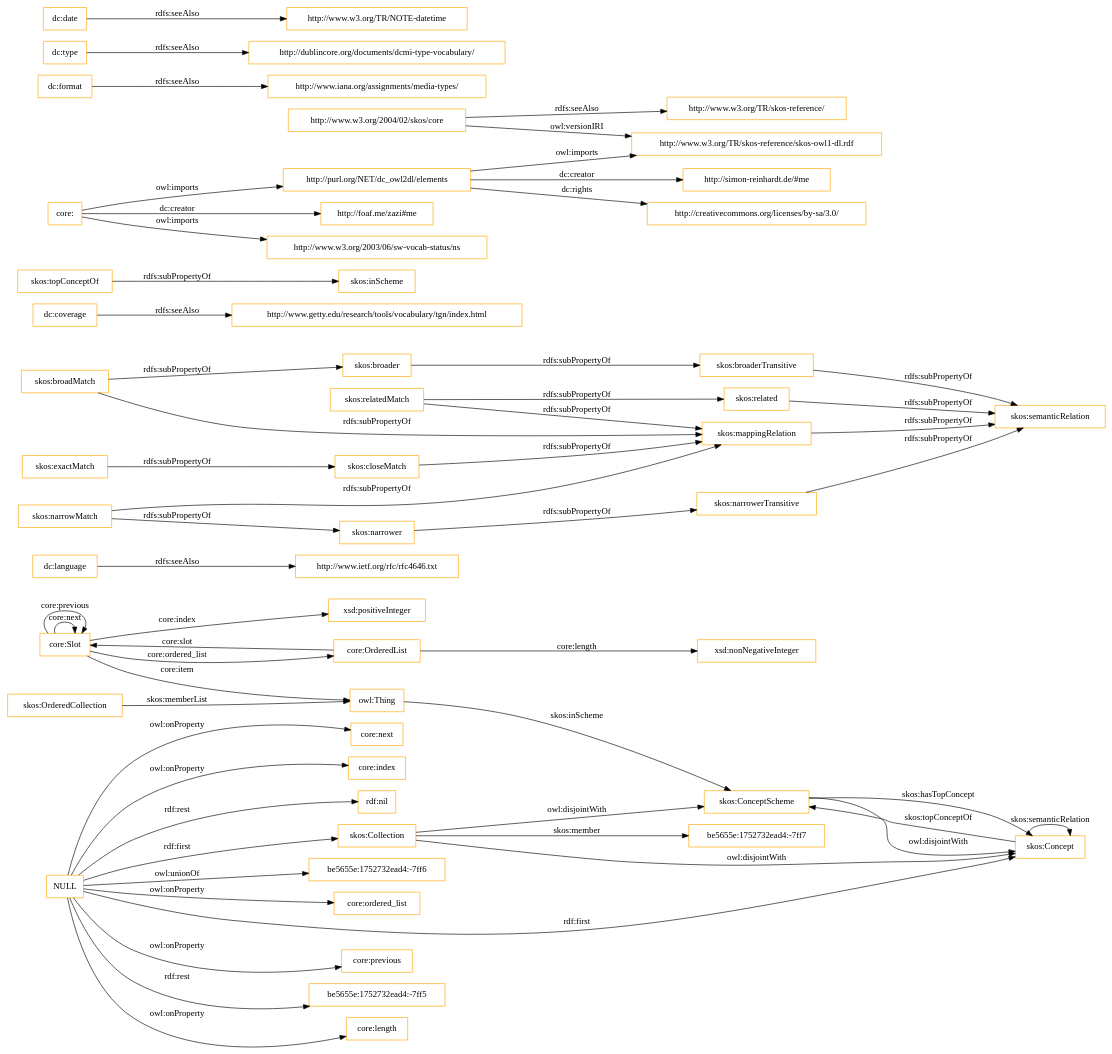
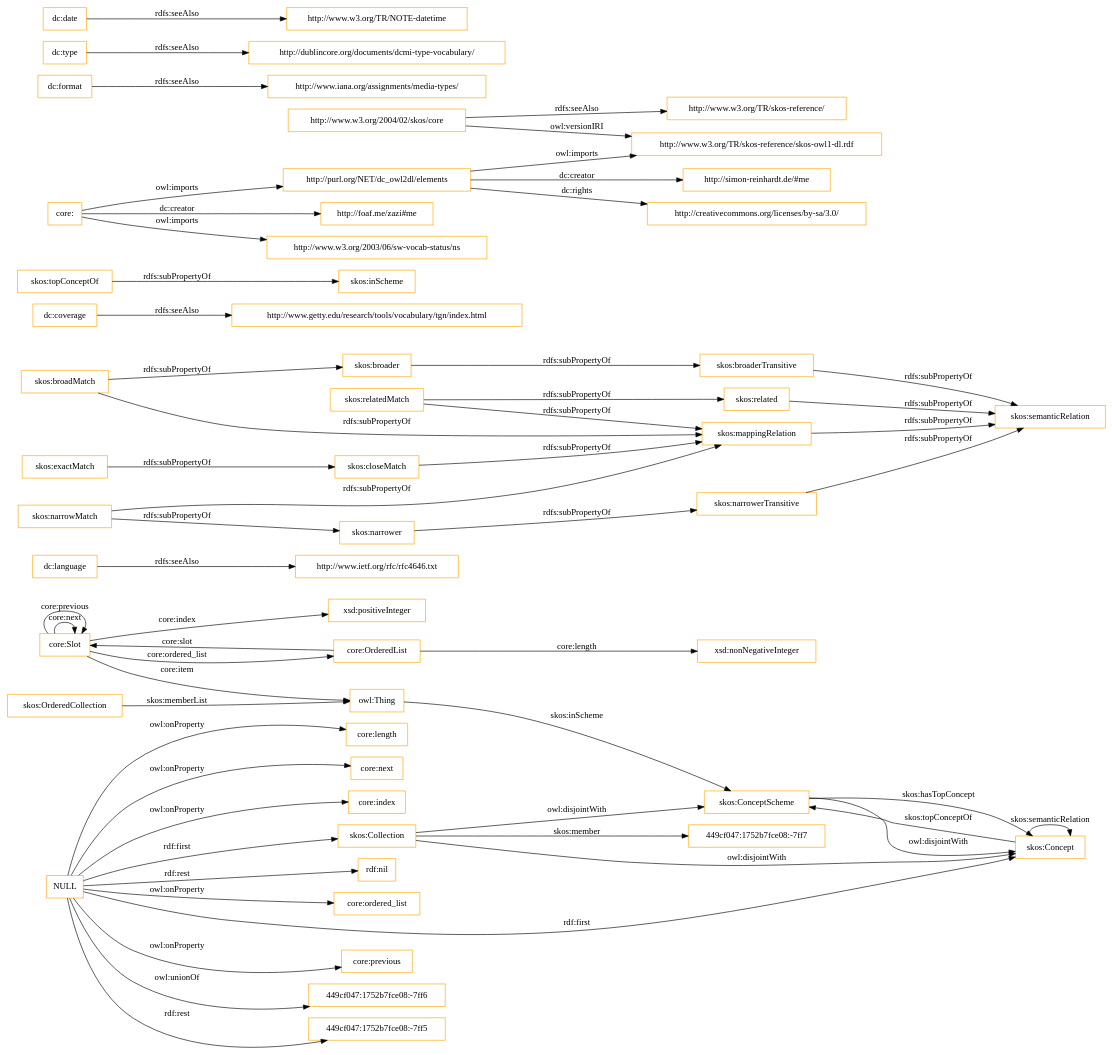
One commit to OnToologyUser/core-ontology-1 changed the diagram in OnToology/imports/core.owl/diagrams/ar2dtool-class/core.owl.png.dot. Above: the diagram before and after it, drawn with Graphviz. The commit also changed 14 other files, not shown here.

```diff
--- a/OnToology/imports/core.owl/diagrams/ar2dtool-class/core.owl.png.dot
+++ b/OnToology/imports/core.owl/diagrams/ar2dtool-class/core.owl.png.dot
@@ -1,60 +1,60 @@
 digraph ar2dtool_diagram { 
 rankdir=LR;
 size="1501"
-node [shape = rectangle, color="orange"]; "core:Slot" "core:OrderedList" "be5655e:1752732ead4:-7ff7" "skos:OrderedCollection" "skos:Collection" "skos:ConceptScheme" "skos:Concept" ; /*classes style*/
+node [shape = rectangle, color="orange"]; "core:Slot" "core:OrderedList" "449cf047:1752b7fce08:-7ff7" "skos:OrderedCollection" "skos:Collection" "skos:ConceptScheme" "skos:Concept" ; /*classes style*/
 	"dc:language" -> "http://www.ietf.org/rfc/rfc4646.txt" [ label = "rdfs:seeAlso" ];
 	"NULL" -> "core:previous" [ label = "owl:onProperty" ];
-	"NULL" -> "be5655e:1752732ead4:-7ff5" [ label = "rdf:rest" ];
+	"NULL" -> "449cf047:1752b7fce08:-7ff6" [ label = "owl:unionOf" ];
+	"NULL" -> "449cf047:1752b7fce08:-7ff5" [ label = "rdf:rest" ];
 	"NULL" -> "core:length" [ label = "owl:onProperty" ];
 	"NULL" -> "skos:Concept" [ label = "rdf:first" ];
 	"NULL" -> "core:next" [ label = "owl:onProperty" ];
 	"NULL" -> "core:index" [ label = "owl:onProperty" ];
 	"NULL" -> "rdf:nil" [ label = "rdf:rest" ];
-	"NULL" -> "be5655e:1752732ead4:-7ff6" [ label = "owl:unionOf" ];
 	"NULL" -> "core:ordered_list" [ label = "owl:onProperty" ];
 	"NULL" -> "skos:Collection" [ label = "rdf:first" ];
 	"skos:closeMatch" -> "skos:mappingRelation" [ label = "rdfs:subPropertyOf" ];
 	"dc:coverage" -> "http://www.getty.edu/research/tools/vocabulary/tgn/index.html" [ label = "rdfs:seeAlso" ];
 	"skos:relatedMatch" -> "skos:related" [ label = "rdfs:subPropertyOf" ];
 	"skos:relatedMatch" -> "skos:mappingRelation" [ label = "rdfs:subPropertyOf" ];
 	"skos:ConceptScheme" -> "skos:Concept" [ label = "owl:disjointWith" ];
 	"skos:related" -> "skos:semanticRelation" [ label = "rdfs:subPropertyOf" ];
 	"skos:topConceptOf" -> "skos:inScheme" [ label = "rdfs:subPropertyOf" ];
 	"skos:broadMatch" -> "skos:broader" [ label = "rdfs:subPropertyOf" ];
 	"skos:broadMatch" -> "skos:mappingRelation" [ label = "rdfs:subPropertyOf" ];
 	"http://purl.org/NET/dc_owl2dl/elements" -> "http://www.w3.org/TR/skos-reference/skos-owl1-dl.rdf" [ label = "owl:imports" ];
 	"http://purl.org/NET/dc_owl2dl/elements" -> "http://creativecommons.org/licenses/by-sa/3.0/" [ label = "dc:rights" ];
 	"http://purl.org/NET/dc_owl2dl/elements" -> "http://simon-reinhardt.de/#me" [ label = "dc:creator" ];
 	"skos:exactMatch" -> "skos:closeMatch" [ label = "rdfs:subPropertyOf" ];
 	"dc:format" -> "http://www.iana.org/assignments/media-types/" [ label = "rdfs:seeAlso" ];
 	"core:" -> "http://foaf.me/zazi#me" [ label = "dc:creator" ];
 	"core:" -> "http://www.w3.org/2003/06/sw-vocab-status/ns" [ label = "owl:imports" ];
 	"core:" -> "http://purl.org/NET/dc_owl2dl/elements" [ label = "owl:imports" ];
 	"skos:broaderTransitive" -> "skos:semanticRelation" [ label = "rdfs:subPropertyOf" ];
 	"skos:mappingRelation" -> "skos:semanticRelation" [ label = "rdfs:subPropertyOf" ];
 	"skos:broader" -> "skos:broaderTransitive" [ label = "rdfs:subPropertyOf" ];
 	"dc:type" -> "http://dublincore.org/documents/dcmi-type-vocabulary/" [ label = "rdfs:seeAlso" ];
 	"http://www.w3.org/2004/02/skos/core" -> "http://www.w3.org/TR/skos-reference/skos-owl1-dl.rdf" [ label = "owl:versionIRI" ];
 	"http://www.w3.org/2004/02/skos/core" -> "http://www.w3.org/TR/skos-reference/" [ label = "rdfs:seeAlso" ];
 	"skos:Collection" -> "skos:ConceptScheme" [ label = "owl:disjointWith" ];
 	"skos:Collection" -> "skos:Concept" [ label = "owl:disjointWith" ];
 	"skos:narrowMatch" -> "skos:narrower" [ label = "rdfs:subPropertyOf" ];
 	"skos:narrowMatch" -> "skos:mappingRelation" [ label = "rdfs:subPropertyOf" ];
 	"skos:narrower" -> "skos:narrowerTransitive" [ label = "rdfs:subPropertyOf" ];
 	"dc:date" -> "http://www.w3.org/TR/NOTE-datetime" [ label = "rdfs:seeAlso" ];
 	"skos:narrowerTransitive" -> "skos:semanticRelation" [ label = "rdfs:subPropertyOf" ];
 	"core:Slot" -> "xsd:positiveInteger" [ label = "core:index" ];
 	"skos:Concept" -> "skos:ConceptScheme" [ label = "skos:topConceptOf" ];
 	"core:Slot" -> "owl:Thing" [ label = "core:item" ];
 	"core:OrderedList" -> "xsd:nonNegativeInteger" [ label = "core:length" ];
 	"core:OrderedList" -> "core:Slot" [ label = "core:slot" ];
-	"skos:Collection" -> "be5655e:1752732ead4:-7ff7" [ label = "skos:member" ];
+	"skos:Collection" -> "449cf047:1752b7fce08:-7ff7" [ label = "skos:member" ];
 	"core:Slot" -> "core:Slot" [ label = "core:next" ];
 	"skos:ConceptScheme" -> "skos:Concept" [ label = "skos:hasTopConcept" ];
 	"owl:Thing" -> "skos:ConceptScheme" [ label = "skos:inScheme" ];
 	"core:Slot" -> "core:Slot" [ label = "core:previous" ];
 	"skos:OrderedCollection" -> "owl:Thing" [ label = "skos:memberList" ];
 	"skos:Concept" -> "skos:Concept" [ label = "skos:semanticRelation" ];
 	"core:Slot" -> "core:OrderedList" [ label = "core:ordered_list" ];
 
 }
```
